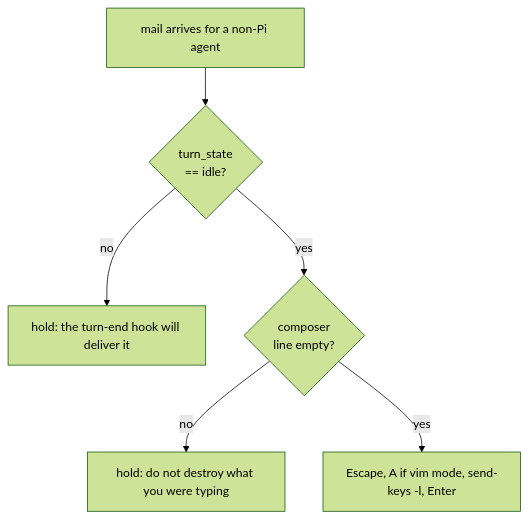
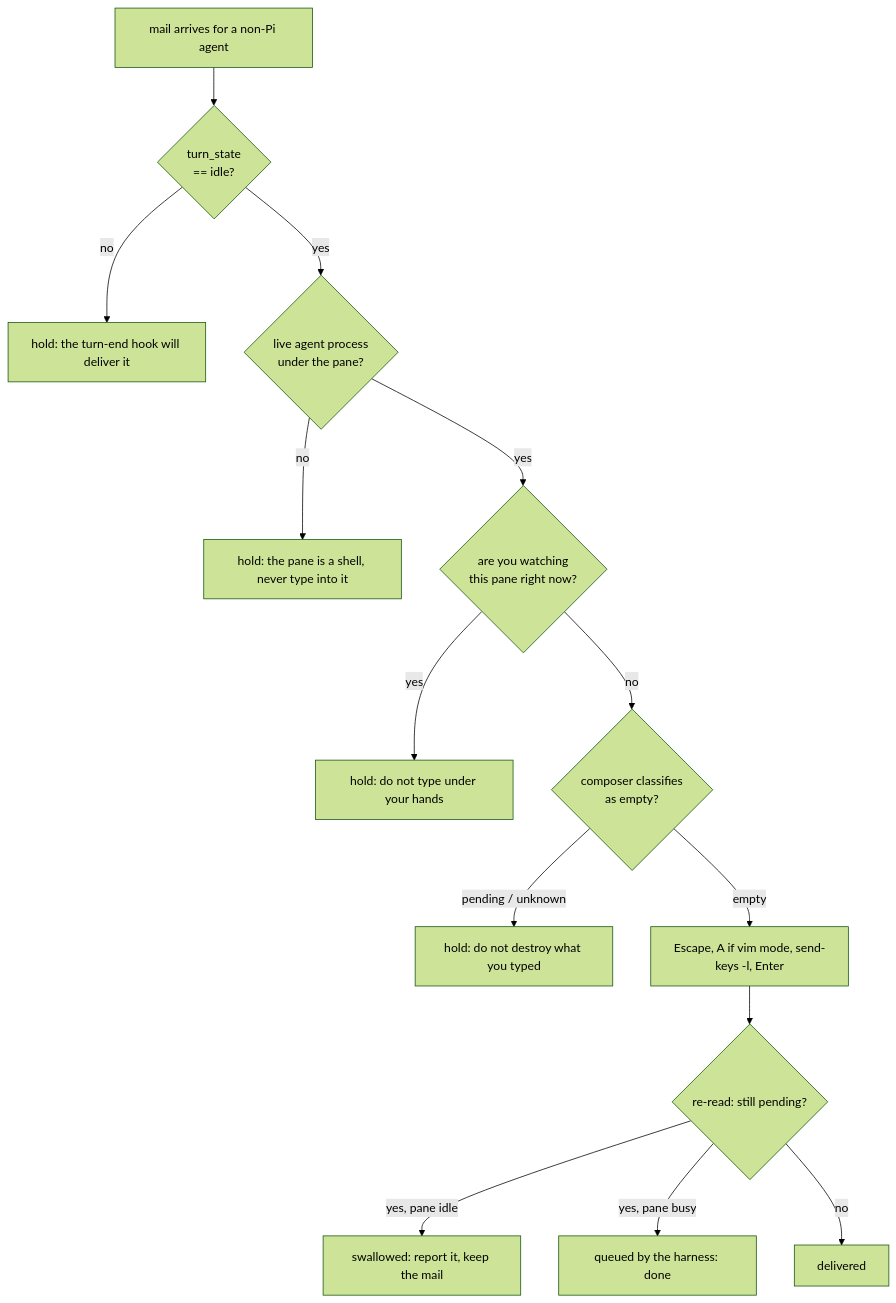
Before and after one commit to KakkoiDev/tmux-agent-mesh: diagram 14 of 14 in README.md, drawn with Mermaid (forest theme). The commit also changed other lines of this file and 2 other files, not shown here.

````diff
--- a/README.md
+++ b/README.md
@@ -622,8 +631,16 @@
 ```mermaid
 flowchart TB
     M["mail arrives for a non-Pi agent"] --> G1{"turn_state<br/>== idle?"}
-    G1 -->|no| H["hold: the turn-end hook will deliver it"]
-    G1 -->|yes| G2{"composer<br/>line empty?"}
-    G2 -->|no| H2["hold: do not destroy what you were typing"]
-    G2 -->|yes| W["Escape, A if vim mode, send-keys -l, Enter"]
+    G1 -->|no| H1["hold: the turn-end hook will deliver it"]
+    G1 -->|yes| G2{"live agent process<br/>under the pane?"}
+    G2 -->|no| H2["hold: the pane is a shell, never type into it"]
+    G2 -->|yes| G3{"are you watching<br/>this pane right now?"}
+    G3 -->|yes| H3["hold: do not type under your hands"]
+    G3 -->|no| G4{"composer classifies<br/>as empty?"}
+    G4 -->|"pending / unknown"| H4["hold: do not destroy what you typed"]
+    G4 -->|empty| W["Escape, A if vim mode, send-keys -l, Enter"]
+    W --> V{"re-read: still pending?"}
+    V -->|"yes, pane idle"| S["swallowed: report it, keep the mail"]
+    V -->|"yes, pane busy"| Q["queued by the harness: done"]
+    V -->|no| D["delivered"]
 ```
````
